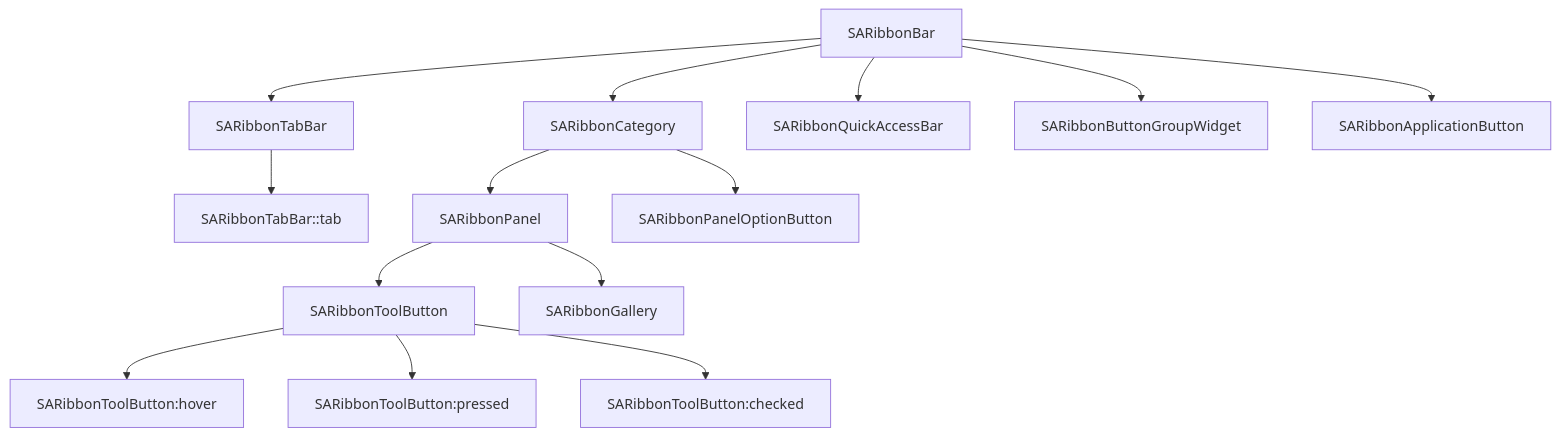
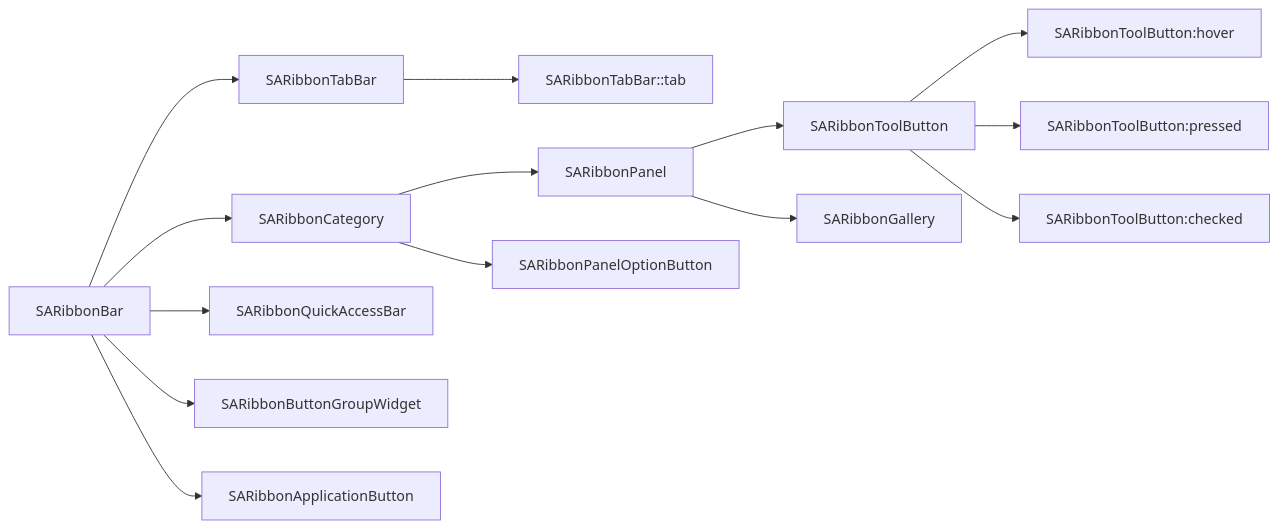
Before and after one commit to czyt1988/SARibbon: the diagram in docs/zh/use-guide/design-your-theme.md, drawn with Mermaid. The commit also changed 172 other files, not shown here.

````diff
--- a/docs/zh/use-guide/design-your-theme.md
+++ b/docs/zh/use-guide/design-your-theme.md
@@ -13,16 +13,16 @@
 ```mermaid
-flowchart TD
+flowchart LR
     A[SARibbonBar] --> B[SARibbonTabBar]
     A --> C[SARibbonCategory]
     A --> D[SARibbonQuickAccessBar]
     A --> E[SARibbonButtonGroupWidget]
     A --> F[SARibbonApplicationButton]
     B --> G["SARibbonTabBar::tab"]
     C --> H[SARibbonPanel]
     C --> I[SARibbonPanelOptionButton]
     H --> J[SARibbonToolButton]
     H --> K[SARibbonGallery]
     J --> L["SARibbonToolButton:hover"]
     J --> M["SARibbonToolButton:pressed"]
     J --> N["SARibbonToolButton:checked"]
 ```
````
